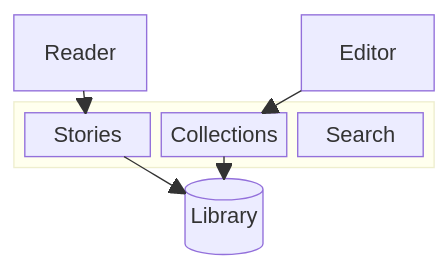
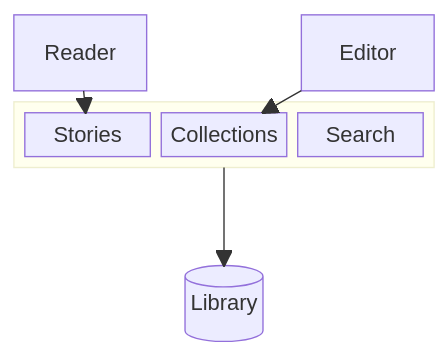
The diagram in Examples/MermaidGallery/Sources/GalleryContent/Diagrams/block.mmd (ThorFuchs/Swift-Mermaid), drawn with Mermaid before and after one commit. The commit also changed 32 other files, not shown here.

Commit message:
Polish diagram gallery and release 0.1.5

```diff
--- a/Examples/MermaidGallery/Sources/GalleryContent/Diagrams/block.mmd
+++ b/Examples/MermaidGallery/Sources/GalleryContent/Diagrams/block.mmd
@@ -1,12 +1,12 @@
 block-beta
     columns 3
     Reader["Reader"] space Editor["Editor"]
     block:studio:3
         columns 3
         Stories["Stories"] Collections["Collections"] Search["Search"]
     end
+    space:3
     Library[("Library")]:3
     Reader --> Stories
     Editor --> Collections
-    Stories --> Library
-    Collections --> Library
+    studio --> Library
```
